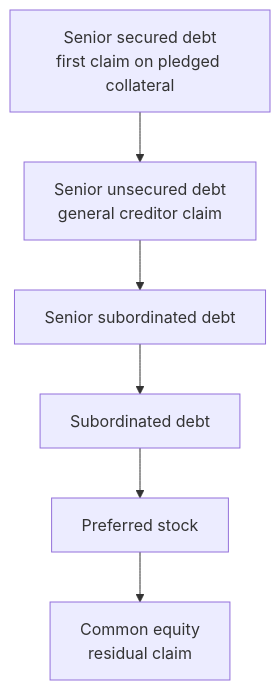
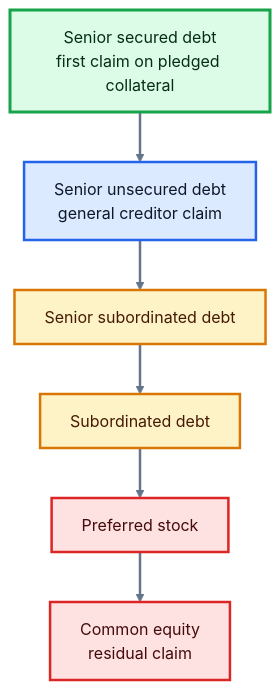
The sixth of 8 diagrams in lecture_notes/lec5.qmd (AliBoloor/BUS411), drawn with Mermaid before and after one commit. The commit also changed other lines of this file and 5 other files, not shown here.

````diff
--- a/lecture_notes/lec5.qmd
+++ b/lecture_notes/lec5.qmd
@@ -461,8 +656,18 @@
 ```{mermaid}
+%%{init: {"theme": "base", "themeVariables": {"fontFamily": "Inter, Arial, sans-serif", "lineColor": "#64748b"}}}%%
 flowchart TB
   A["Senior secured debt<br/>first claim on pledged collateral"] --> B["Senior unsecured debt<br/>general creditor claim"]
   B --> C["Senior subordinated debt"]
   C --> D["Subordinated debt"]
   D --> E["Preferred stock"]
   E --> F["Common equity<br/>residual claim"]
+  classDef top fill:#dcfce7,stroke:#16a34a,stroke-width:3px,color:#052e16;
+  classDef senior fill:#dbeafe,stroke:#2563eb,stroke-width:2.5px,color:#0f172a;
+  classDef junior fill:#fef3c7,stroke:#d97706,stroke-width:2.5px,color:#451a03;
+  classDef equity fill:#fee2e2,stroke:#dc2626,stroke-width:2.5px,color:#450a0a;
+  class A top;
+  class B senior;
+  class C,D junior;
+  class E,F equity;
+  linkStyle default stroke:#64748b,stroke-width:2.5px;
 ```
````
